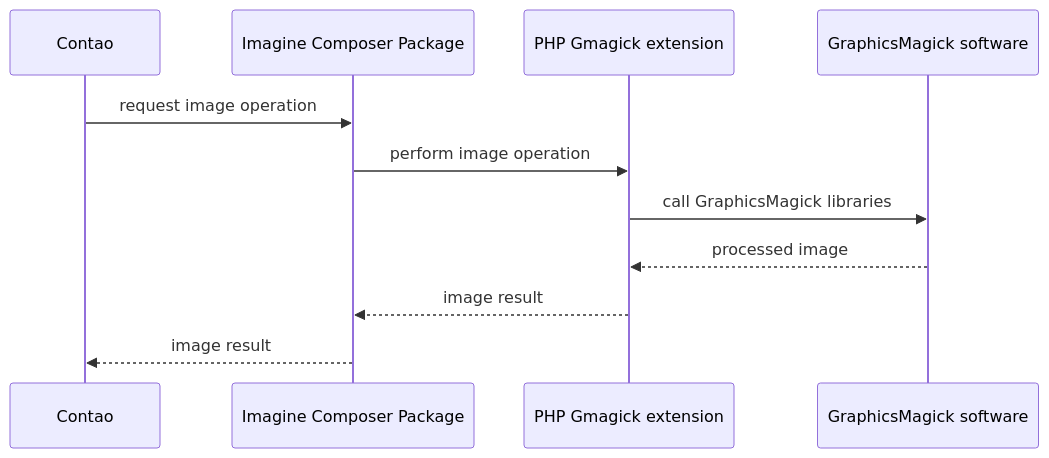
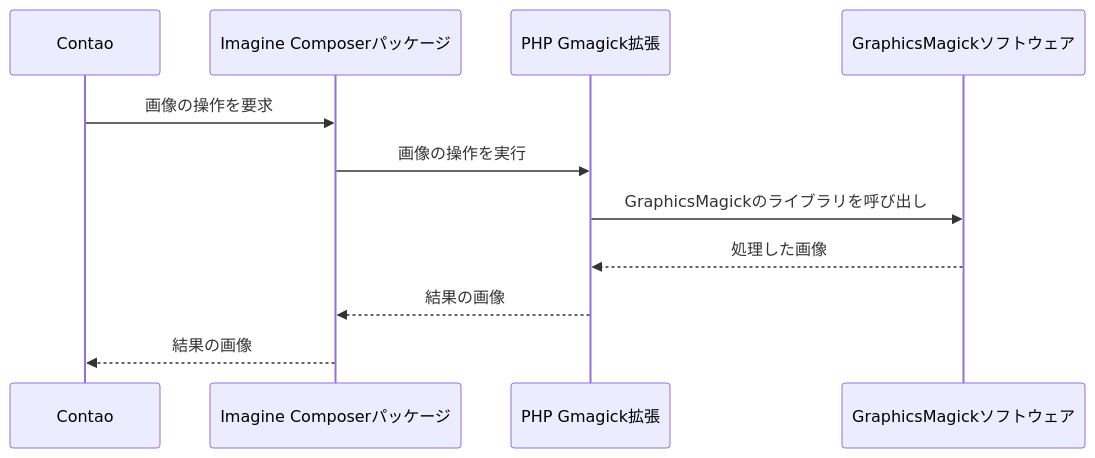
The third of 3 diagrams in docs/manual/installation/system-requirements/_index.ja.md (taca/docs), drawn with Mermaid before and after one commit. The commit also changed other lines of this file and 1 other file, not shown here.

````diff
--- a/docs/manual/installation/system-requirements/_index.ja.md
+++ b/docs/manual/installation/system-requirements/_index.ja.md
@@ -110,14 +109,14 @@
 ```mermaid
 sequenceDiagram
     participant Contao as Contao
-    participant Imagine as Imagine Composer Package
-    participant Gmagick as PHP Gmagick extension
-    participant GM as GraphicsMagick software
+    participant Imagine as Imagine Composerパッケージ
+    participant Gmagick as PHP Gmagick拡張
+    participant GM as GraphicsMagickソフトウェア
 
-    Contao ->> Imagine: request image operation
-    Imagine ->> Gmagick: perform image operation
-    Gmagick ->> GM: call GraphicsMagick libraries
-    GM -->> Gmagick: processed image
-    Gmagick -->> Imagine: image result
-    Imagine -->> Contao: image result
+    Contao ->> Imagine: 画像の操作を要求
+    Imagine ->> Gmagick: 画像の操作を実行
+    Gmagick ->> GM: GraphicsMagickのライブラリを呼び出し
+    GM -->> Gmagick: 処理した画像
+    Gmagick -->> Imagine: 結果の画像
+    Imagine -->> Contao: 結果の画像
 ```
````
